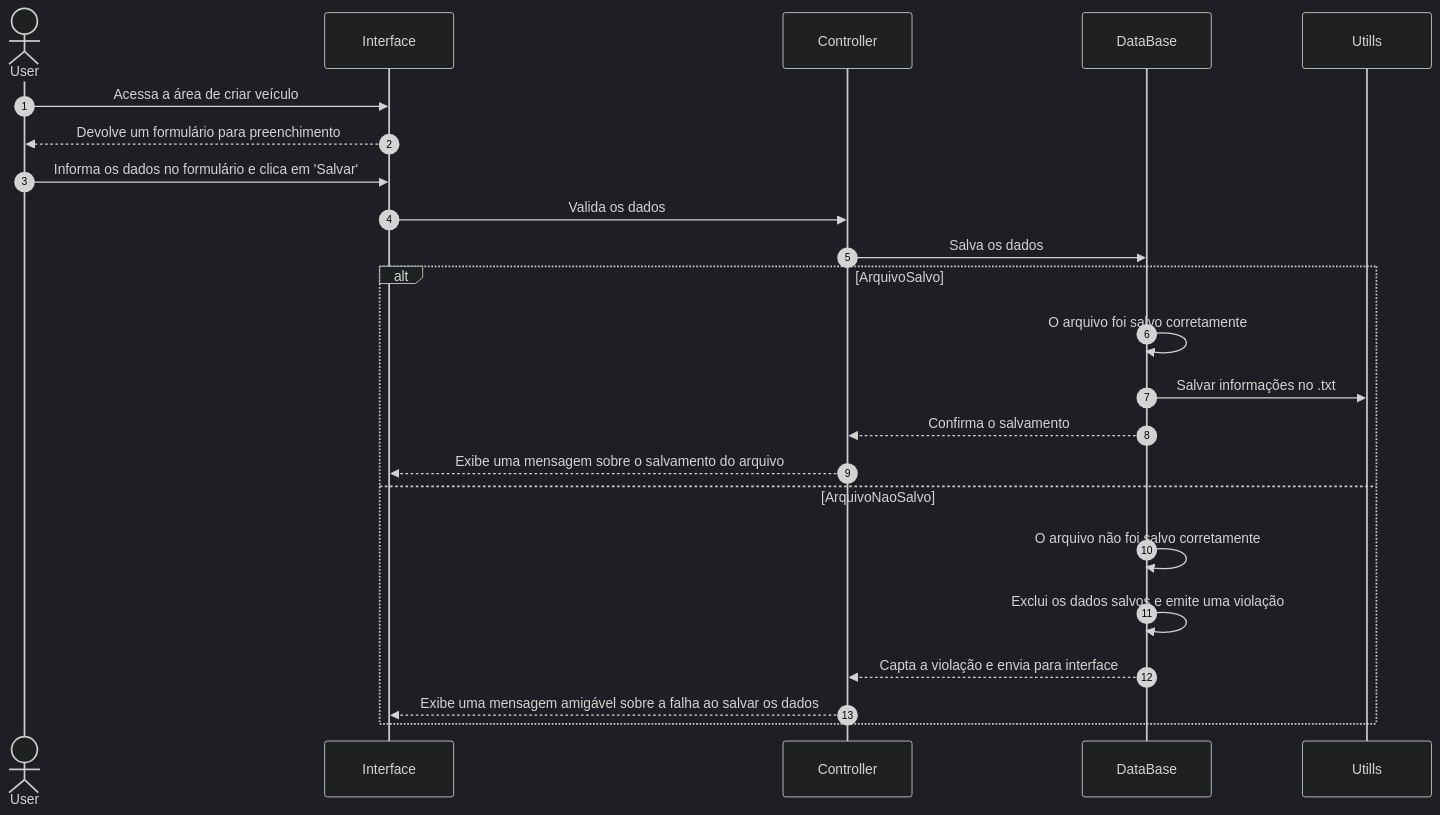
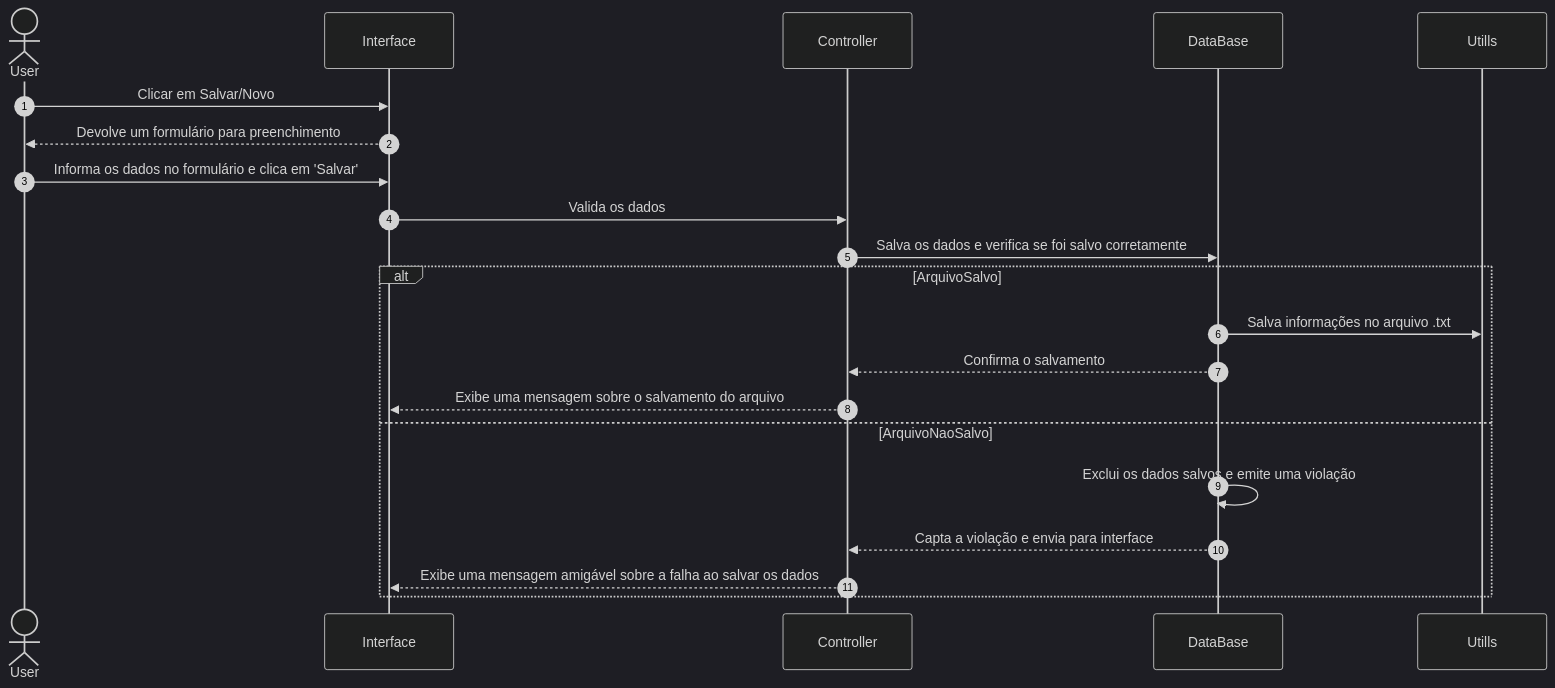
The first of 3 diagrams in README.md (OieusouNoob/SistemaCadastroVeiculos), drawn with Mermaid before and after one commit. The commit also changed other lines of this file, not shown here.

Commit message:
Add: Atualização README: Editar Veículo

````diff
--- a/README.md
+++ b/README.md
@@ -15,35 +16,32 @@
 ```mermaid
 ---
 config:
   theme: dark
 ---
 sequenceDiagram
     autonumber
+
     actor User
+
     participant  Interface
     participant  Controller
     participant  DataBase
     participant  Utills
 
-    User ->> Interface: Acessa a área de criar veículo
+    User ->> Interface: Clicar em Salvar/Novo
+    Interface -->> User: Devolve um formulário para preenchimento
+    User ->> Interface: Informa os dados no formulário e clica em 'Salvar'
+    Interface ->> Controller: Valida os dados
+    Controller ->> DataBase: Salva os dados e verifica se foi salvo corretamente
 
-    Interface -->> User: Devolve um formulário para preenchimento
-
-    User ->> Interface: Informa os dados no formulário e clica em 'Salvar'
-
-    Interface ->> Controller: Valida os dados
-    Controller ->> DataBase: Salva os dados
     alt ArquivoSalvo
-        DataBase ->> DataBase: O arquivo foi salvo corretamente
-        DataBase ->> Utills: Salvar informações no .txt
+        DataBase ->> Utills: Salva informações no arquivo .txt
         DataBase -->> Controller: Confirma o salvamento
         Controller -->> Interface: Exibe uma mensagem sobre o salvamento do arquivo
     
     else ArquivoNaoSalvo
-        DataBase ->> DataBase: O arquivo não foi salvo corretamente
         DataBase ->> DataBase: Exclui os dados salvos e emite uma violação
         DataBase -->> Controller: Capta a violação e envia para interface
         Controller -->> Interface: Exibe uma mensagem amigável sobre a falha ao salvar os dados
     end
-
 ```
````
